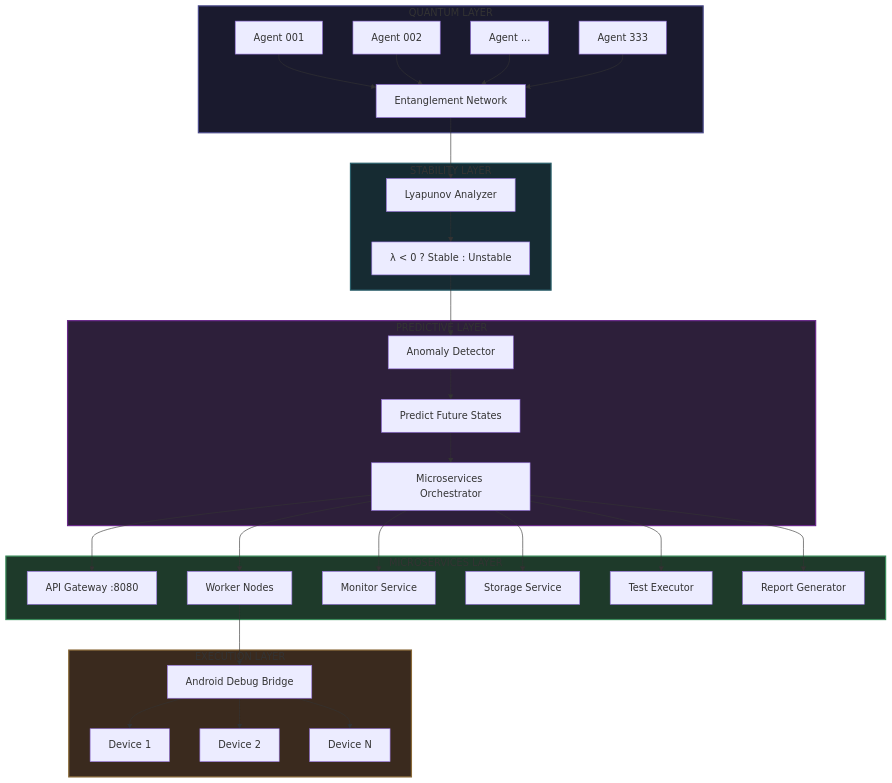
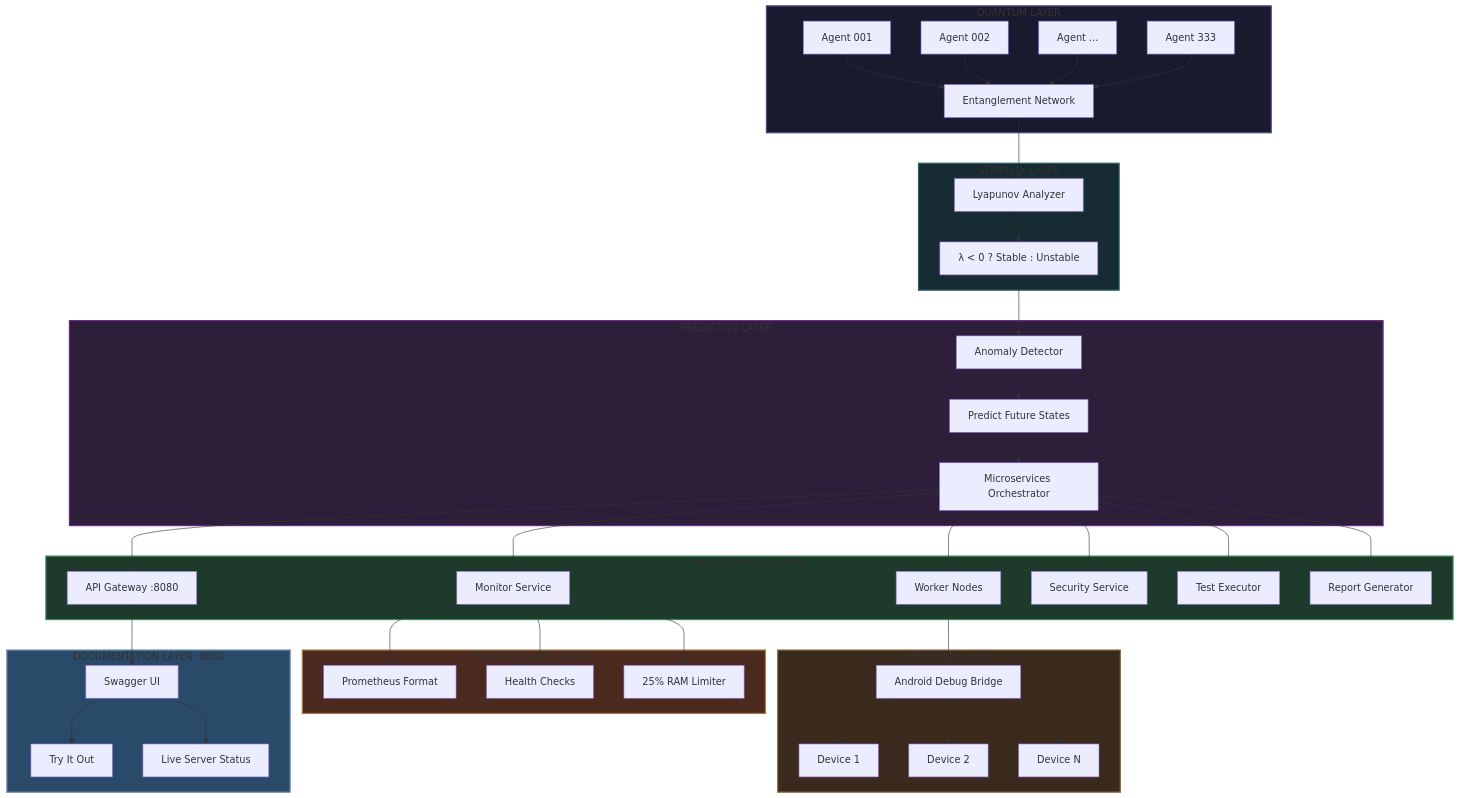
One commit to primordialomegazero/Fully-Recursive-Autonomous-Appium changed the diagram in README.md. Above: the diagram before and after it, drawn with Mermaid. The commit also changed other lines of this file, not shown here.

Commit message:
Update README with complete technical documentation and contact info

````diff
--- a/README.md
+++ b/README.md
@@ -68,42 +101,56 @@
 ```mermaid
 graph TB
     subgraph QUANTUM["QUANTUM LAYER"]
         A1[Agent 001] --> E[Entanglement Network]
         A2[Agent 002] --> E
         A3[Agent ...] --> E
         A333[Agent 333] --> E
     end
-    
+
     subgraph STABILITY["STABILITY LAYER"]
         E --> L[Lyapunov Analyzer]
         L --> S[λ < 0 ? Stable : Unstable]
     end
-    
+
     subgraph PREDICTIVE["PREDICTIVE LAYER"]
         S --> D[Anomaly Detector]
         D --> P[Predict Future States]
         P --> M[Microservices Orchestrator]
     end
-    
+
     subgraph MICRO["MICROSERVICES LAYER"]
         M --> API[API Gateway :8080]
         M --> W[Worker Nodes]
         M --> MON[Monitor Service]
-        M --> ST[Storage Service]
+        M --> SEC[Security Service]
         M --> TE[Test Executor]
         M --> RG[Report Generator]
     end
-    
+
     subgraph EXECUTION["EXECUTION LAYER"]
         W --> ADB[Android Debug Bridge]
         ADB --> D1[Device 1]
         ADB --> D2[Device 2]
-        ADB --> Dn[Device N]
+        ADB --> DN[Device N]
     end
-    
+
+    subgraph METRICS["METRICS LAYER :33000"]
+        MON --> P8s[Prometheus Format]
+        MON --> HEALTH[Health Checks]
+        MON --> MEM[25% RAM Limiter]
+    end
+
+    subgraph DOCS["DOCUMENTATION LAYER :8080"]
+        API --> SWAGGER[Swagger UI]
+        SWAGGER --> TRY[Try It Out]
+        SWAGGER --> STATUS[Live Server Status]
+    end
+
     style QUANTUM fill:#1a1a2e,stroke:#4a4a8a,stroke-width:2px
     style STABILITY fill:#162b32,stroke:#2a5f6a,stroke-width:2px
     style PREDICTIVE fill:#2d1f3a,stroke:#6a2a8a,stroke-width:2px
     style MICRO fill:#1e3a2a,stroke:#3a8a5a,stroke-width:2px
     style EXECUTION fill:#3a2a1e,stroke:#8a6a3a,stroke-width:2px
+    style METRICS fill:#4a2a1e,stroke:#aa7a4a,stroke-width:2px
+    style DOCS fill:#2a4a6a,stroke:#6a8aaa,stroke-width:2px
 ```
````
